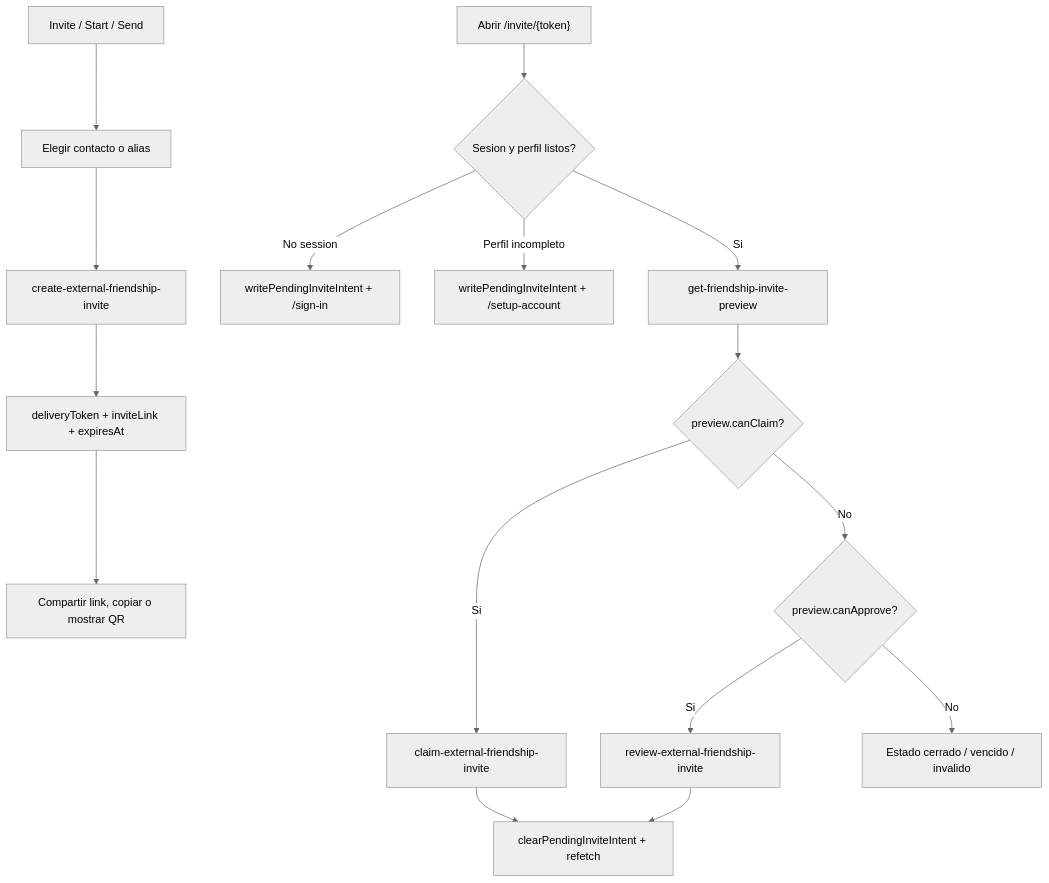
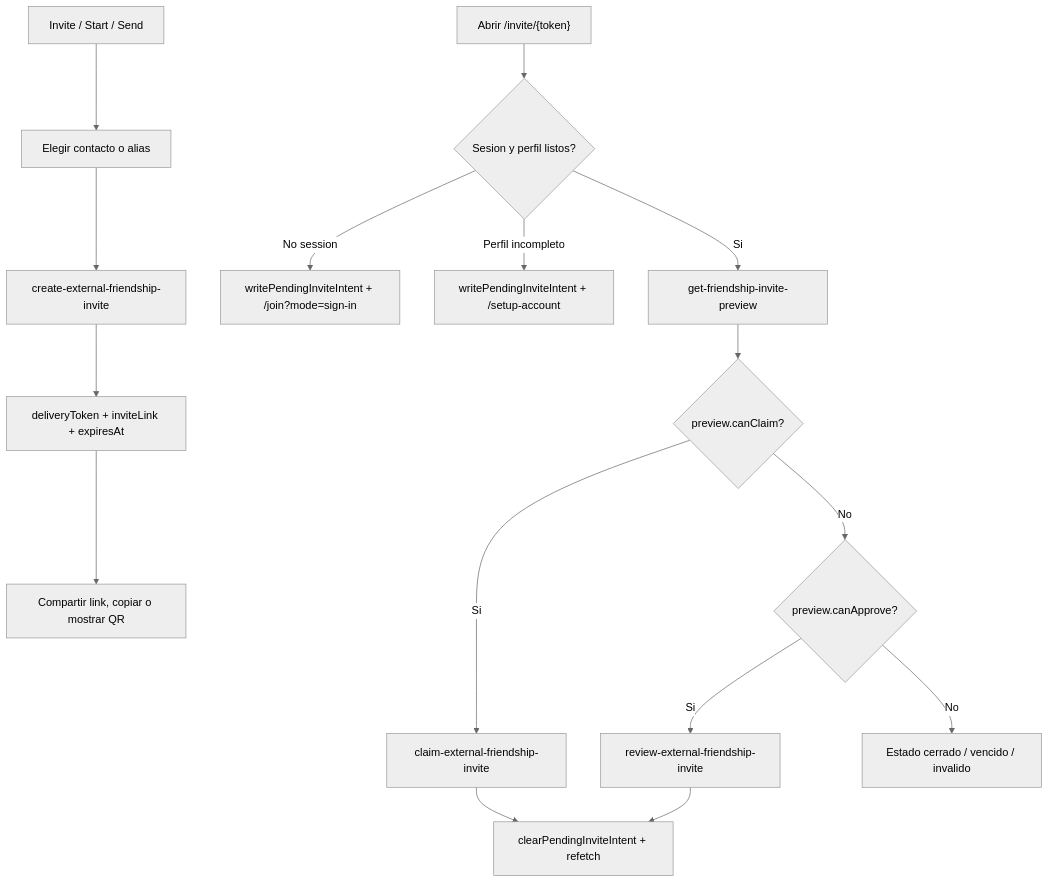
Before and after one commit to happy-circles/Happy-circles: the third of 5 diagrams in docs/figma/system-flows.md, drawn with Mermaid (neutral theme). The commit also changed other lines of this file and 72 other files, not shown here.

````diff
--- a/docs/figma/system-flows.md
+++ b/docs/figma/system-flows.md
@@ -93,18 +93,18 @@
 ```mermaid
 flowchart TD
     A["Invite / Start / Send"] --> B["Elegir contacto o alias"]
     B --> C["create-external-friendship-invite"]
     C --> D["deliveryToken + inviteLink + expiresAt"]
     D --> E["Compartir link, copiar o mostrar QR"]
     F["Abrir /invite/{token}"] --> G{"Sesion y perfil listos?"}
-    G -->|"No session"| H["writePendingInviteIntent + /sign-in"]
+    G -->|"No session"| H["writePendingInviteIntent + /join?mode=sign-in"]
     G -->|"Perfil incompleto"| I["writePendingInviteIntent + /setup-account"]
     G -->|"Si"| J["get-friendship-invite-preview"]
     J --> K{"preview.canClaim?"}
     K -->|"Si"| L["claim-external-friendship-invite"]
     K -->|"No"| M{"preview.canApprove?"}
     M -->|"Si"| N["review-external-friendship-invite"]
     M -->|"No"| O["Estado cerrado / vencido / invalido"]
     L --> P["clearPendingInviteIntent + refetch"]
     N --> P
 ```
````
